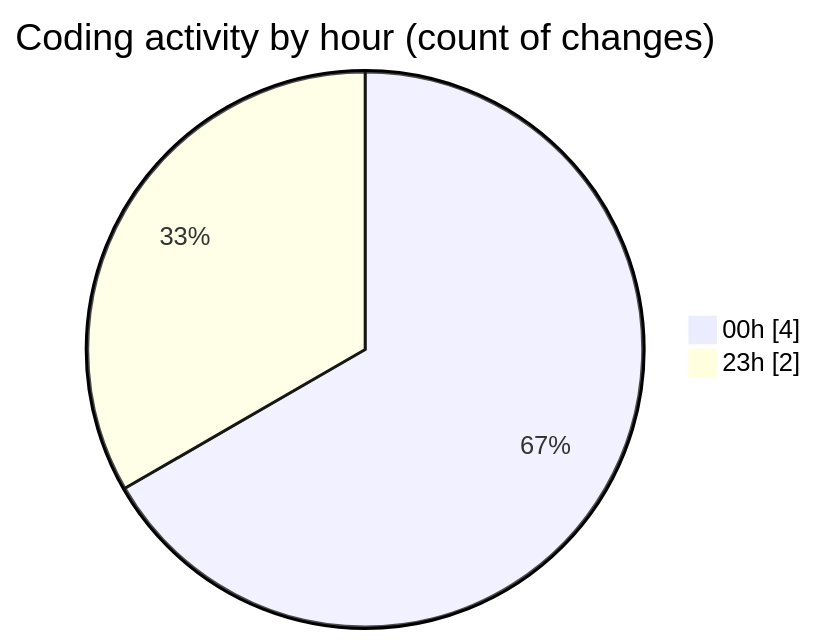
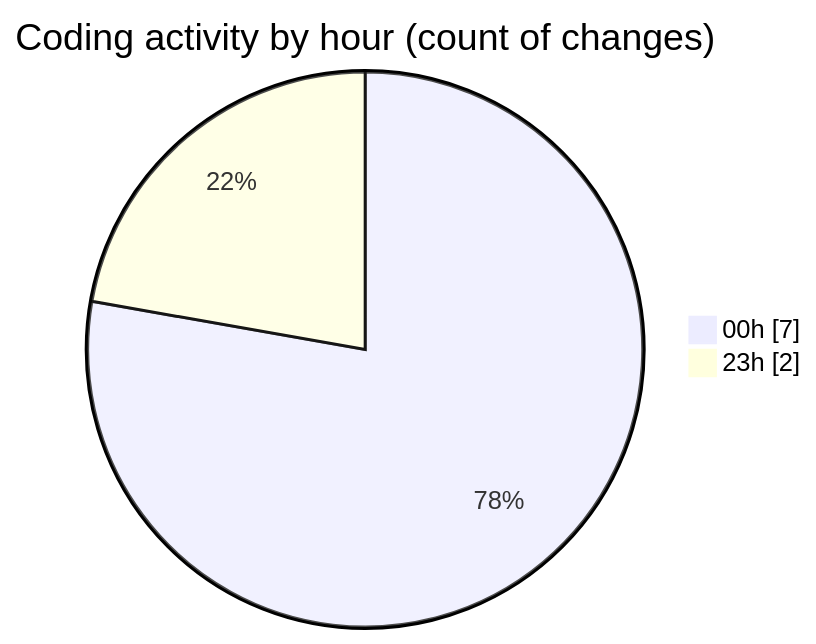
One commit to momahboobian/code-tracking changed the second of 2 diagrams in 2025-12-18/cda/README.md. Above: the diagram before and after it, drawn with Mermaid. The commit also changed other lines of this file and 1 other file, not shown here.

````diff
--- a/2025-12-18/cda/README.md
+++ b/2025-12-18/cda/README.md
@@ -31,6 +32,6 @@
 ```mermaid
 pie showData
 title Coding activity by hour (count of changes)
-"00h" : 4
+"00h" : 7
 "23h" : 2
 ```
````
